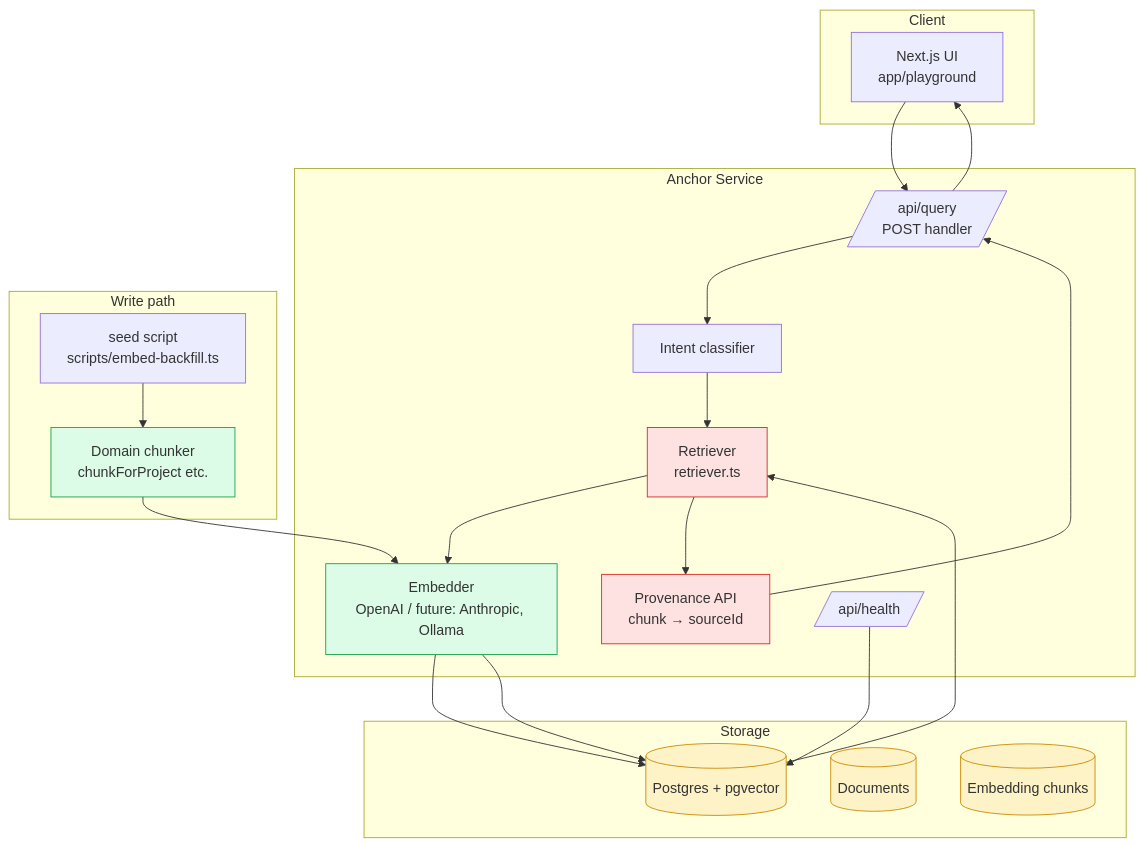
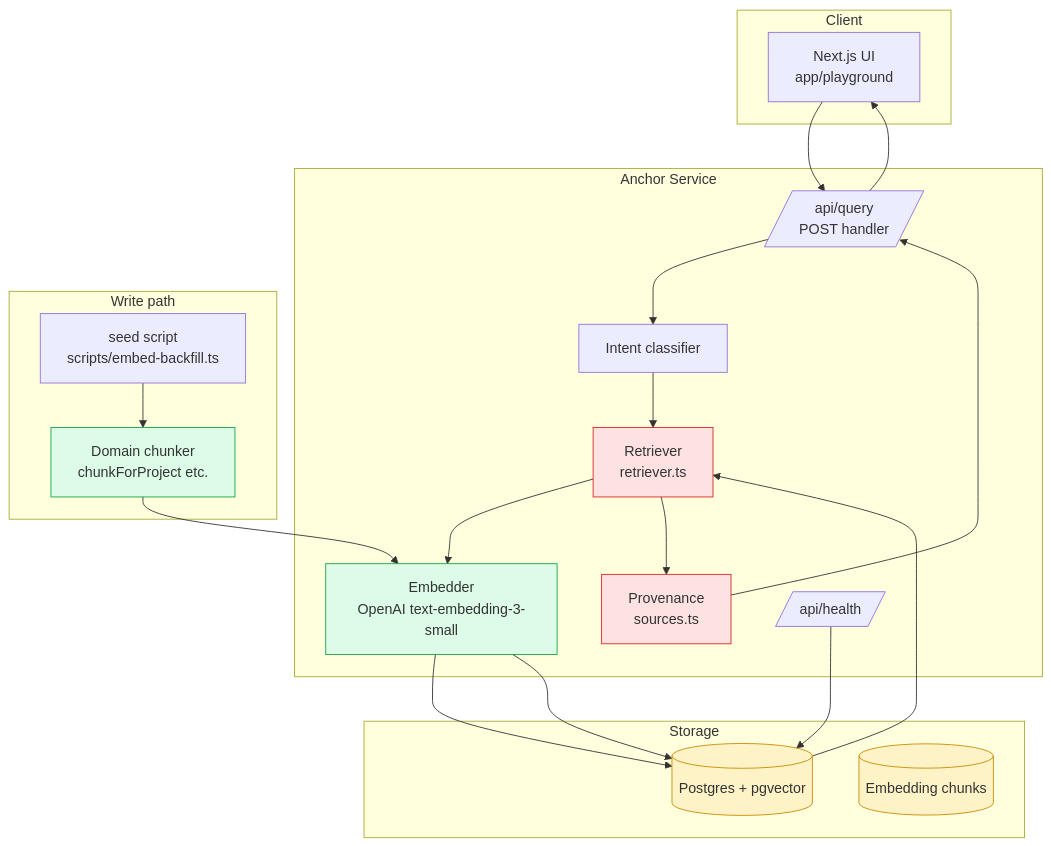
The first of 4 diagrams in docs/architecture.md (ykstorm/anchor), drawn with Mermaid before and after one commit. The commit also changed other lines of this file and 50 other files, not shown here.

````diff
--- a/docs/architecture.md
+++ b/docs/architecture.md
@@ -11,50 +13,49 @@
 ```mermaid
 graph TB
     subgraph Client
         UI[Next.js UI<br/>app/playground]
     end
 
     subgraph "Anchor Service"
         API[/api/query<br/>POST handler/]
         Intent[Intent classifier]
         Retriever[Retriever<br/>retriever.ts]
-        Embedder[Embedder<br/>OpenAI / future: Anthropic, Ollama]
-        Provenance[Provenance API<br/>chunk → sourceId]
+        Embedder[Embedder<br/>OpenAI text-embedding-3-small]
+        Provenance[Provenance<br/>sources.ts]
         Health[/api/health/]
     end
 
     subgraph Storage
         PG[(Postgres + pgvector)]
-        Docs[(Documents)]
         Chunks[(Embedding chunks)]
     end
 
     subgraph "Write path"
         Seed[seed script<br/>scripts/embed-backfill.ts]
         Chunker[Domain chunker<br/>chunkForProject etc.]
     end
 
     UI --> API
     API --> Intent
     Intent --> Retriever
     Retriever --> Embedder
     Embedder --> PG
     PG --> Retriever
     Retriever --> Provenance
     Provenance --> API
     API --> UI
 
     Seed --> Chunker
     Chunker --> Embedder
     Embedder --> PG
 
     Health --> PG
 
     classDef storage fill:#fef3c7,stroke:#ca8a04
     classDef defense fill:#fee2e2,stroke:#dc2626
     classDef happy fill:#dcfce7,stroke:#16a34a
 
-    class PG,Docs,Chunks storage
+    class PG,Chunks storage
     class Retriever,Provenance defense
     class Embedder,Chunker happy
 ```
````
